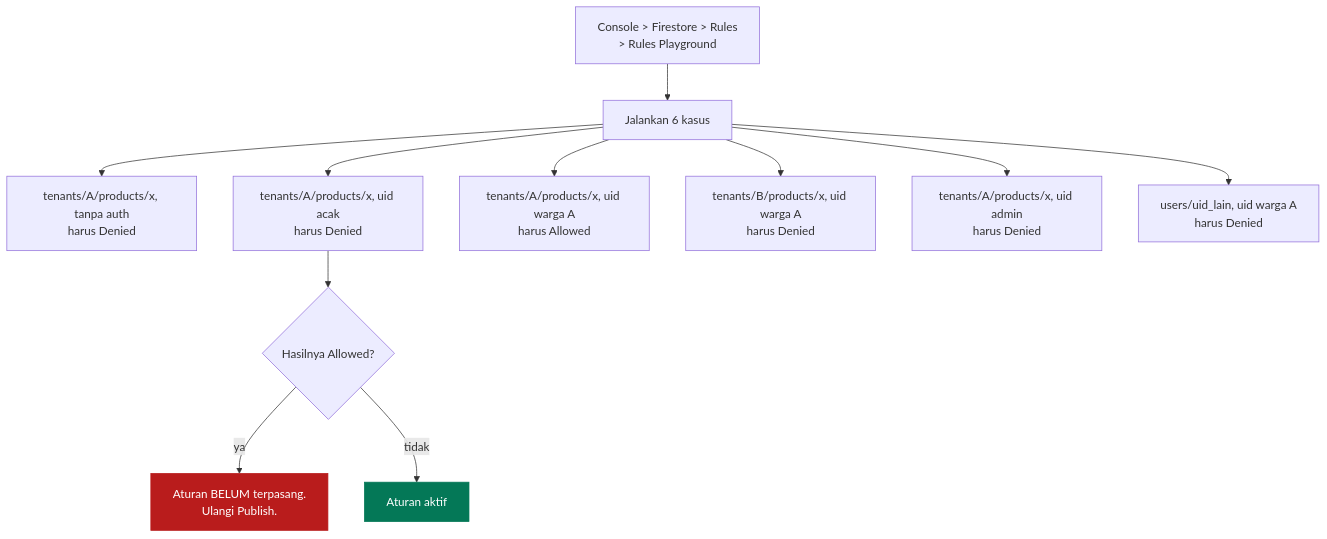
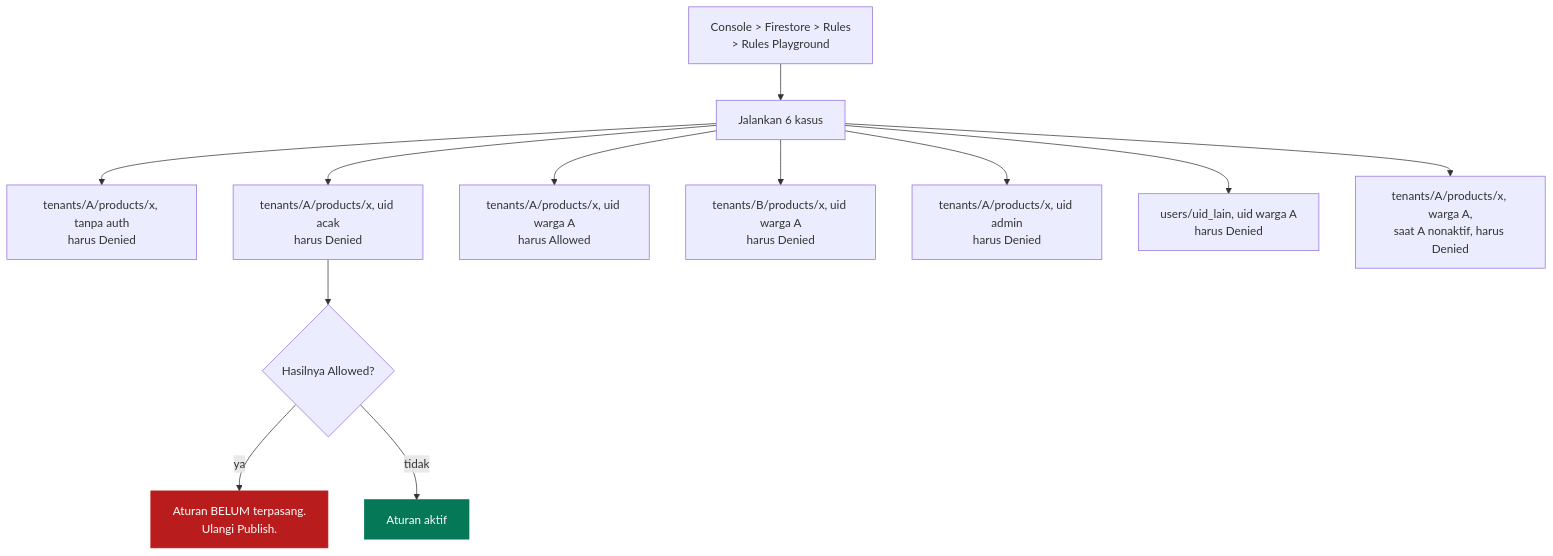
Before and after one commit to nadhimc/simple-pos-kkn-agung: the fifth of 5 diagrams in docs/keamanan.md, drawn with Mermaid. The commit also changed other lines of this file and 6 other files, not shown here.

````diff
--- a/docs/keamanan.md
+++ b/docs/keamanan.md
@@ -228,19 +253,20 @@
 ```mermaid
 flowchart TD
   A["Console > Firestore > Rules<br/>> Rules Playground"] --> B["Jalankan 6 kasus"]
   B --> C1["tenants/A/products/x, tanpa auth<br/>harus Denied"]
   B --> C2["tenants/A/products/x, uid acak<br/>harus Denied"]
   B --> C3["tenants/A/products/x, uid warga A<br/>harus Allowed"]
   B --> C4["tenants/B/products/x, uid warga A<br/>harus Denied"]
   B --> C5["tenants/A/products/x, uid admin<br/>harus Denied"]
   B --> C6["users/uid_lain, uid warga A<br/>harus Denied"]
+  B --> C7["tenants/A/products/x, warga A,<br/>saat A nonaktif, harus Denied"]
 
   C2 --> D{"Hasilnya Allowed?"}
   D -->|"ya"| E["Aturan BELUM terpasang.<br/>Ulangi Publish."]
   D -->|"tidak"| F["Aturan aktif"]
 
   classDef bad fill:#b91c1c,stroke:#b91c1c,color:#ffffff
   classDef ok fill:#047857,stroke:#047857,color:#ffffff
   class E bad
   class F ok
 ```
````
